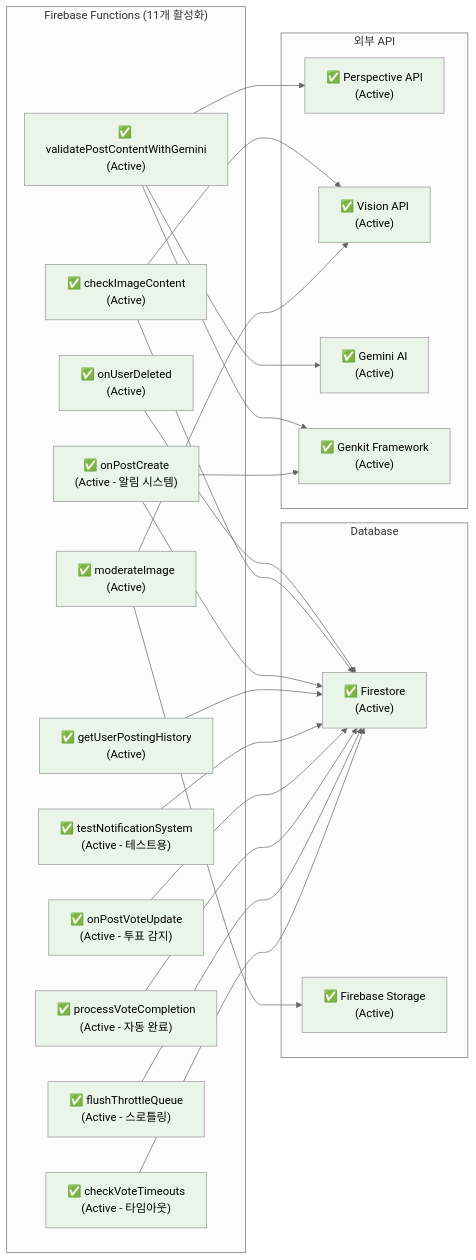
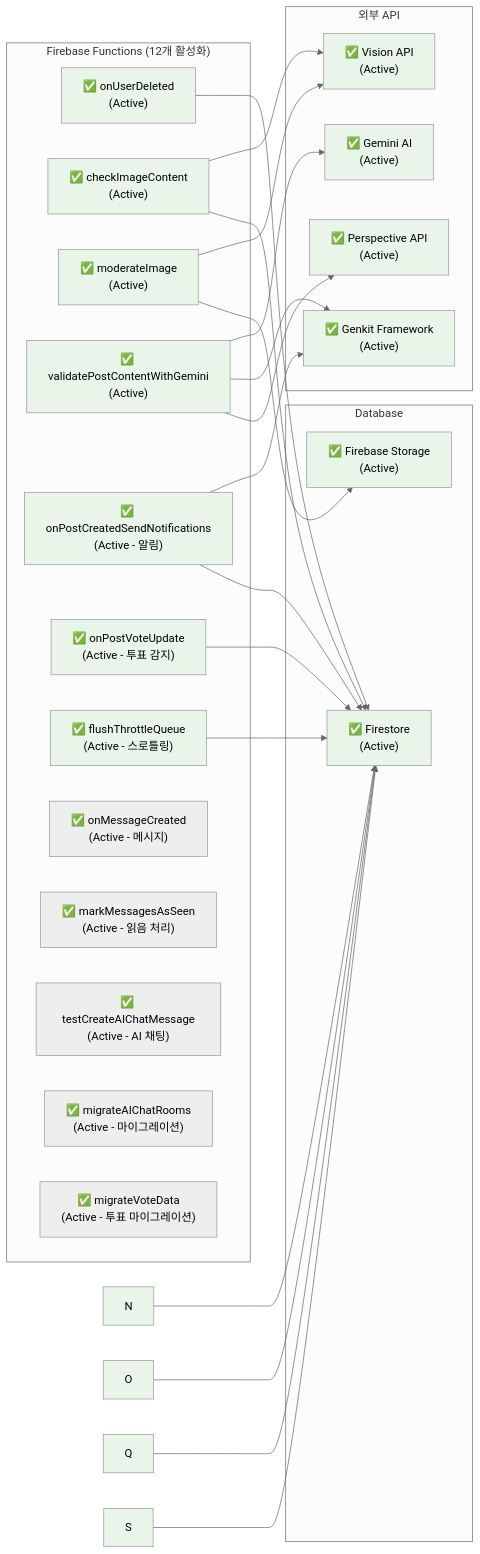
Before and after one commit to gblack84/versus-cursor: the fifth of 17 diagrams in 백엔드다이어그램.md, drawn with Mermaid (neutral theme). The commit also changed other lines of this file and 35 other files, not shown here.

````diff
--- a/백엔드다이어그램.md
+++ b/백엔드다이어그램.md
@@ -269,63 +282,64 @@
 ```mermaid
 graph LR
-    subgraph "Firebase Functions (11개 활성화)"
+    subgraph "Firebase Functions (12개 활성화)"
         A["✅ onUserDeleted<br/>(Active)"]
         B["✅ checkImageContent<br/>(Active)"]
         C["✅ moderateImage<br/>(Active)"]
         D["✅ validatePostContentWithGemini<br/>(Active)"]
-        E["✅ onPostCreate<br/>(Active - 알림 시스템)"]
-        N["✅ getUserPostingHistory<br/>(Active)"]
-        O["✅ testNotificationSystem<br/>(Active - 테스트용)"]
+        E["✅ onPostCreatedSendNotifications<br/>(Active - 알림)"]
         P["✅ onPostVoteUpdate<br/>(Active - 투표 감지)"]
-        Q["✅ processVoteCompletion<br/>(Active - 자동 완료)"]
         R["✅ flushThrottleQueue<br/>(Active - 스로틀링)"]
-        S["✅ checkVoteTimeouts<br/>(Active - 타임아웃)"]
+        T["✅ onMessageCreated<br/>(Active - 메시지)"]
+        U["✅ markMessagesAsSeen<br/>(Active - 읽음 처리)"]
+        V["✅ testCreateAIChatMessage<br/>(Active - AI 채팅)"]
+        W["✅ migrateAIChatRooms<br/>(Active - 마이그레이션)"]
+        X["✅ migrateVoteData<br/>(Active - 투표 마이그레이션)"]
     end
     
     subgraph "외부 API"
         F["✅ Perspective API<br/>(Active)"]
         G["✅ Vision API<br/>(Active)"]
         H["✅ Gemini AI<br/>(Active)"]
         I["✅ Genkit Framework<br/>(Active)"]
     end
     
     subgraph "Database"
         J["✅ Firestore<br/>(Active)"]
         K["✅ Firebase Storage<br/>(Active)"]
     end
     
     A --> J
     B --> G
     B --> J
     C --> G
     C --> K
     D --> H
     D --> I
     D --> F
     E --> I
     E --> J
     N --> J
     O --> J
     P --> J
     Q --> J
     R --> J
     S --> J
     
     style A fill:#e8f5e8
     style B fill:#e8f5e8
     style C fill:#e8f5e8
     style D fill:#e8f5e8
     style E fill:#e8f5e8
     style N fill:#e8f5e8
     style O fill:#e8f5e8
     style P fill:#e8f5e8
     style Q fill:#e8f5e8
     style R fill:#e8f5e8
     style S fill:#e8f5e8
     style F fill:#e8f5e8
     style G fill:#e8f5e8
     style H fill:#e8f5e8
     style I fill:#e8f5e8
     style J fill:#e8f5e8
     style K fill:#e8f5e8
 ```
````
